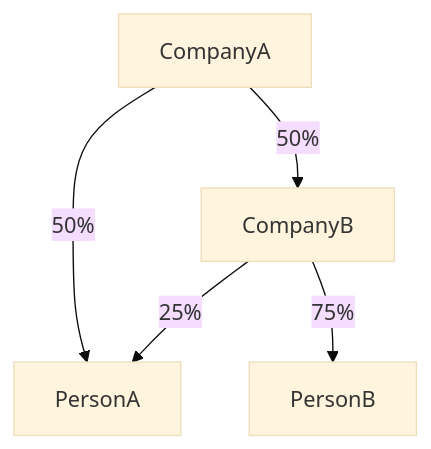
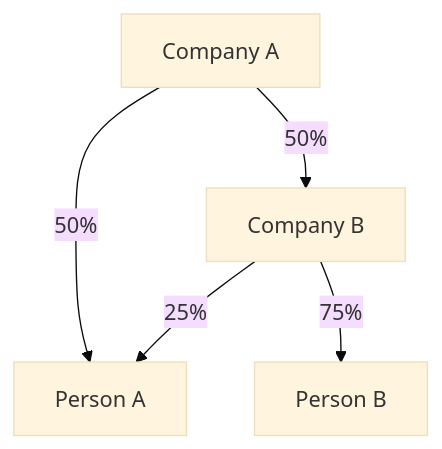
Before and after one commit to HydraMeshnet/developer-portal: the third of 4 diagrams in usecases/kyc_provider.md, drawn with Mermaid (base theme). The commit also changed other lines of this file, not shown here.

Commit message:
Add another example for company registrations

````diff
--- a/usecases/kyc_provider.md
+++ b/usecases/kyc_provider.md
@@ -108,7 +120,7 @@
 ```mermaid
 graph TB
-  CompanyA -- 50% --> PersonA
-  CompanyA -- 50% --> CompanyB
-  CompanyB -- 25% --> PersonA
-  CompanyB -- 75% --> PersonB  
+  CA[Company A] -- 50% --> PA[Person A]
+  CA -- 50% --> CB[Company B]
+  CB -- 75% --> PB[Person B]
+  CB -- 25% --> PA
 ```
````
